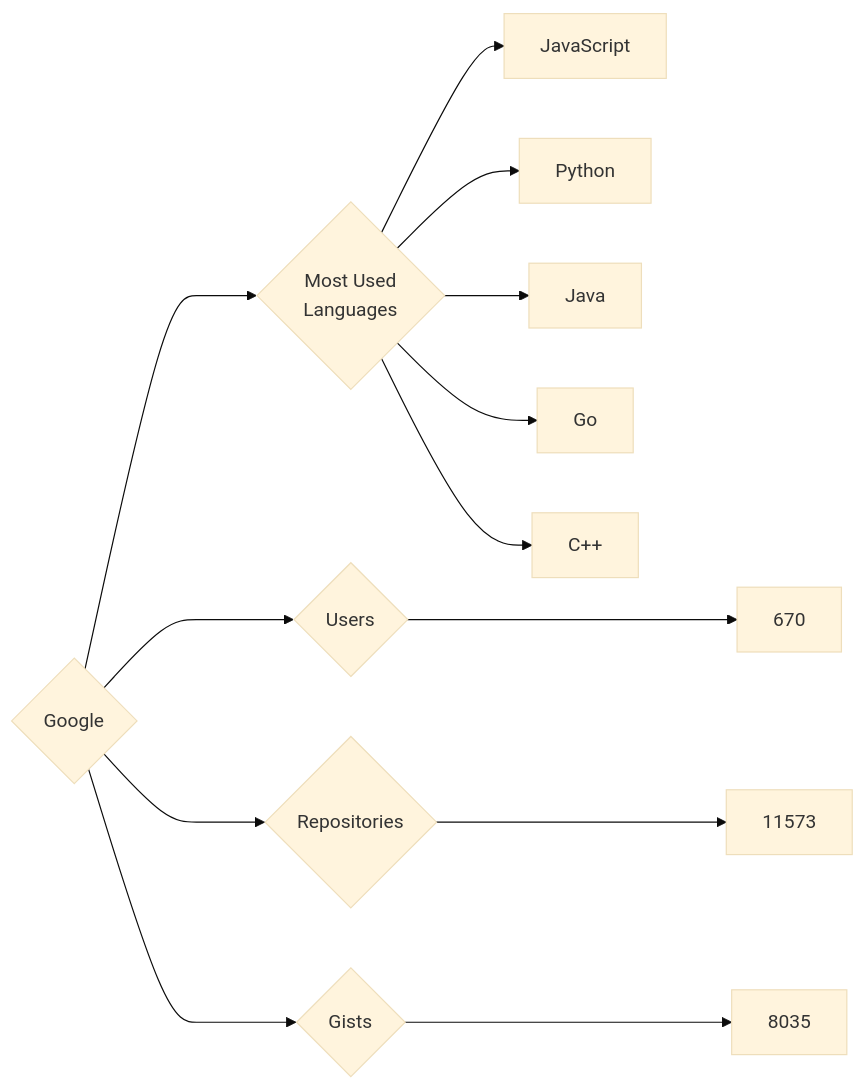
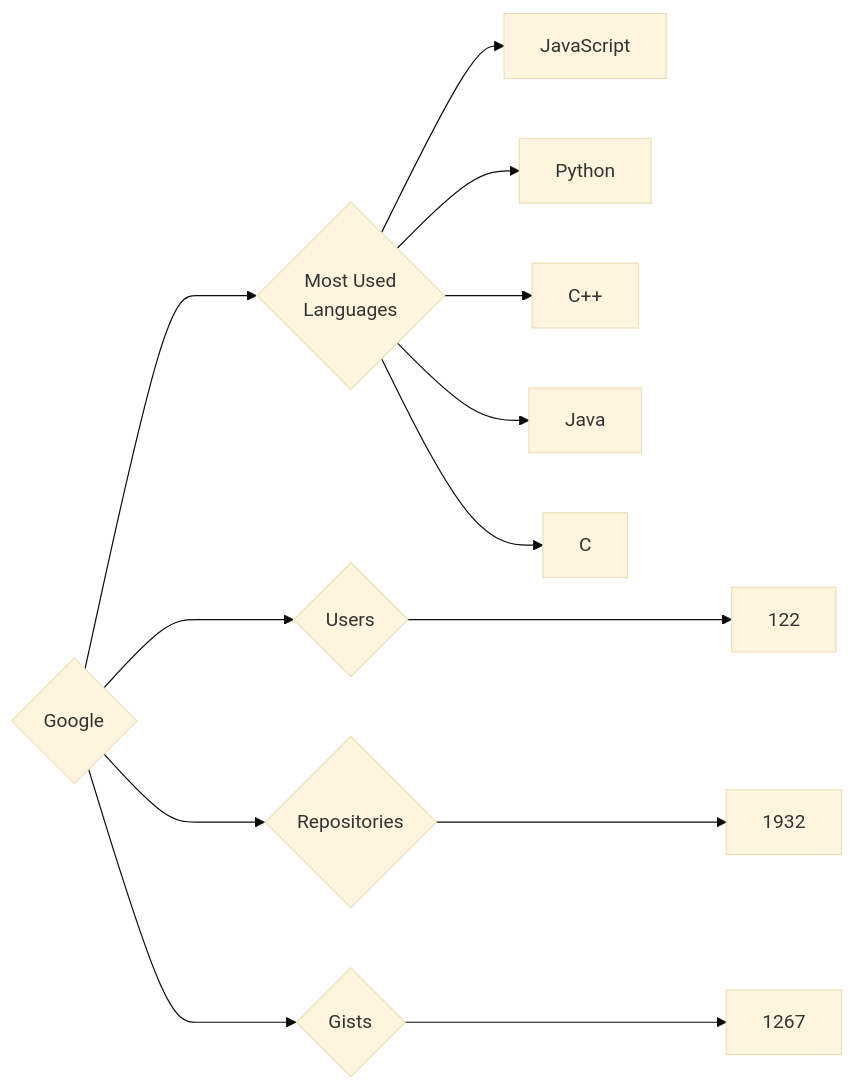
Before and after one commit to trickest/insiders: the diagram in targets/Google/README.md, drawn with Mermaid (base theme). The commit also changed 891 other files, not shown here.

````diff
--- a/targets/Google/README.md
+++ b/targets/Google/README.md
@@ -3,13 +3,13 @@
 ```mermaid
 graph LR
 COMPANY_NAME{Google}
-COMPANY_NAME ---> U{Users} ---> UN[670]
-COMPANY_NAME ---> R{Repositories} ---> RN[11573]
-COMPANY_NAME ---> G{Gists} ---> GN[8035]
+COMPANY_NAME ---> U{Users} ---> UN[122]
+COMPANY_NAME ---> R{Repositories} ---> RN[1932]
+COMPANY_NAME ---> G{Gists} ---> GN[1267]
 COMPANY_NAME ---> ML{Most Used<br>Languages}
 ML --> JavaScript[JavaScript]
 ML --> Python[Python]
+ML --> C++[C++]
 ML --> Java[Java]
-ML --> Go[Go]
-ML --> C++[C++]
+ML --> C[C]
 ```
````
